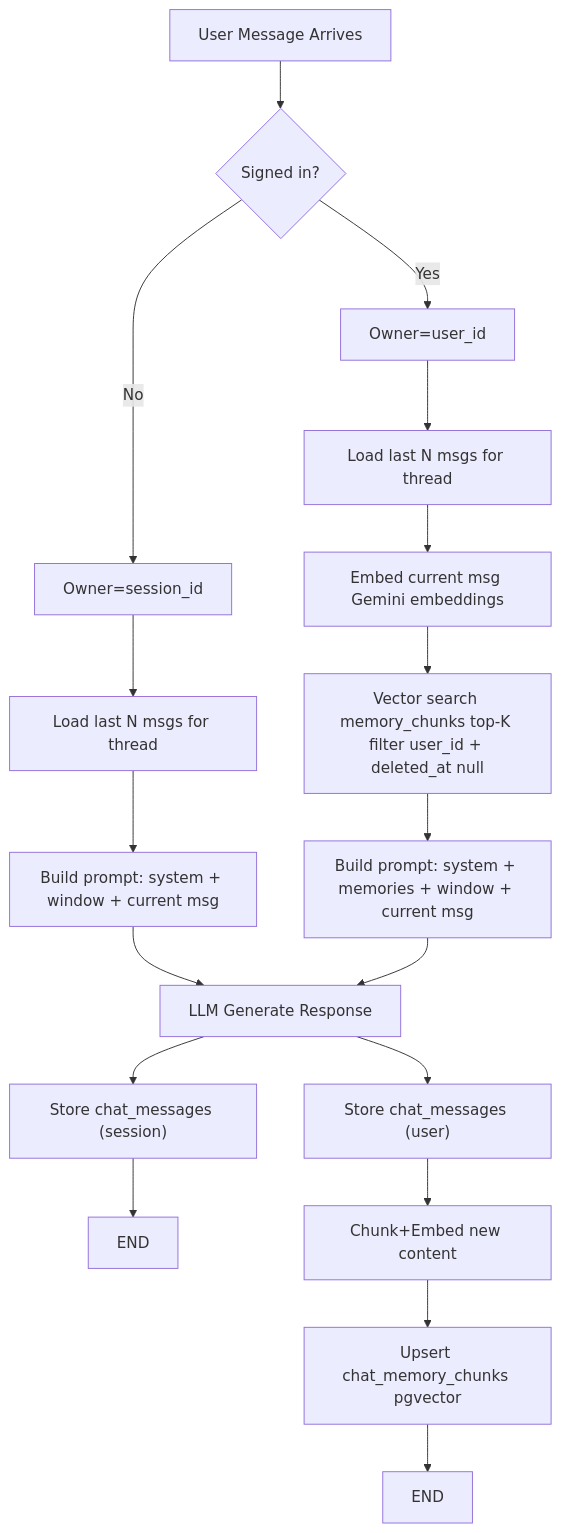
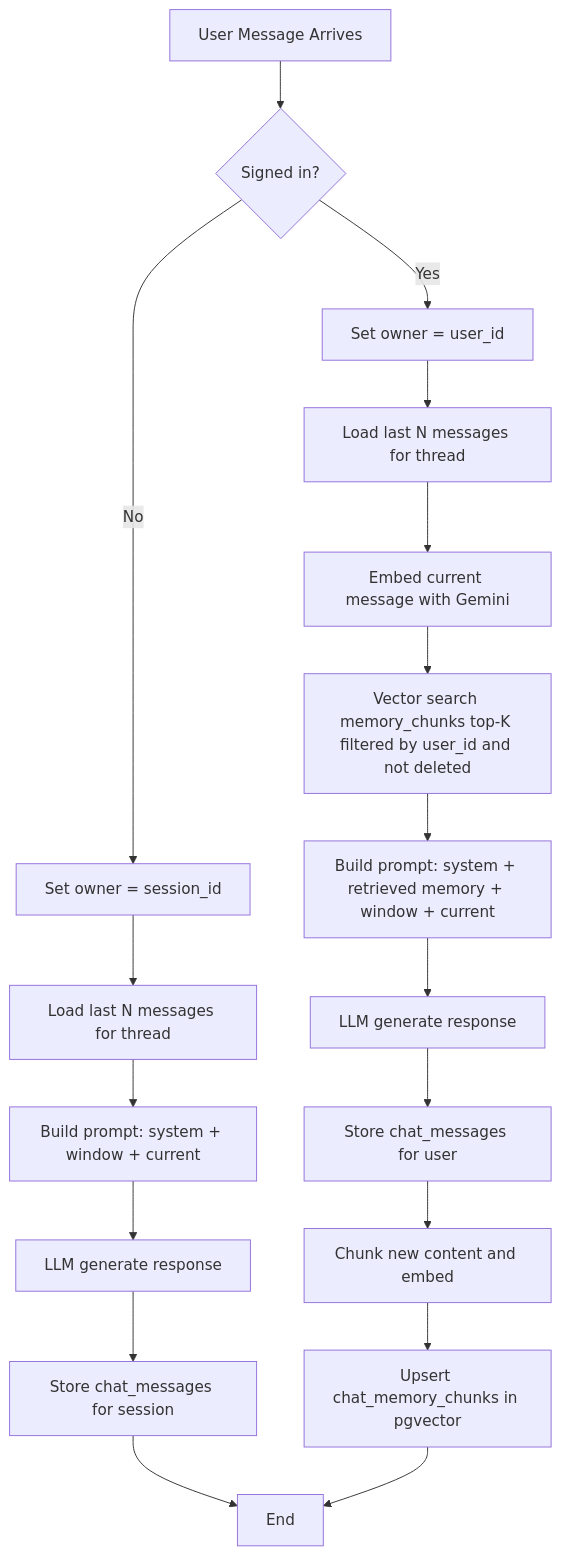
The diagram in test3.md (md-sahil-analyst22/test), drawn with Mermaid before and after one commit.

Commit message:
Update flowchart syntax and improve clarity

````diff
--- a/test3.md
+++ b/test3.md
@@ -1,19 +1,24 @@
 ``` mermaid
-flowchart TB
-    A["User Message Arrives"] --> B{"Signed in?"}
-    B -- No --> C1["Owner=session_id"]
-    C1 --> D1["Load last N msgs for thread"]
-    D1 --> E1["Build prompt: system + window + current msg"]
-    E1 --> F["LLM Generate Response"]
-    F --> G["Store chat_messages (session)"] & G2["Store chat_messages (user)"]
-    G --> H1["END"]
-    B -- Yes --> C2["Owner=user_id"]
-    C2 --> D2["Load last N msgs for thread"]
-    D2 --> R["Embed current msg Gemini embeddings"]
-    R --> S["Vector search memory_chunks top-K filter user_id + deleted_at null"]
-    S --> E2["Build prompt: system + memories + window + current msg"]
-    E2 --> F
-    G2 --> I["Chunk+Embed new content"]
-    I --> J["Upsert chat_memory_chunks pgvector"]
-    J --> H2["END"]
+flowchart TD
+  A[User Message Arrives] --> B{Signed in?}
+
+  %% Anonymous flow
+  B -- No --> C1[Set owner = session_id]
+  C1 --> D1[Load last N messages for thread]
+  D1 --> E1[Build prompt: system + window + current]
+  E1 --> F1[LLM generate response]
+  F1 --> G1[Store chat_messages for session]
+  G1 --> Z[End]
+
+  %% Signed-in flow
+  B -- Yes --> C2[Set owner = user_id]
+  C2 --> D2[Load last N messages for thread]
+  D2 --> R[Embed current message with Gemini]
+  R --> S[Vector search memory_chunks top-K filtered by user_id and not deleted]
+  S --> E2[Build prompt: system + retrieved memory + window + current]
+  E2 --> F2[LLM generate response]
+  F2 --> G2[Store chat_messages for user]
+  G2 --> I[Chunk new content and embed]
+  I --> J[Upsert chat_memory_chunks in pgvector]
+  J --> Z
 ```
````
